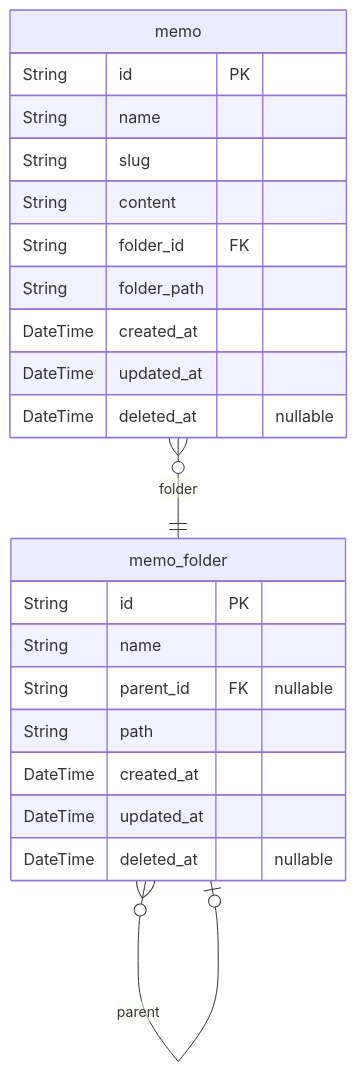
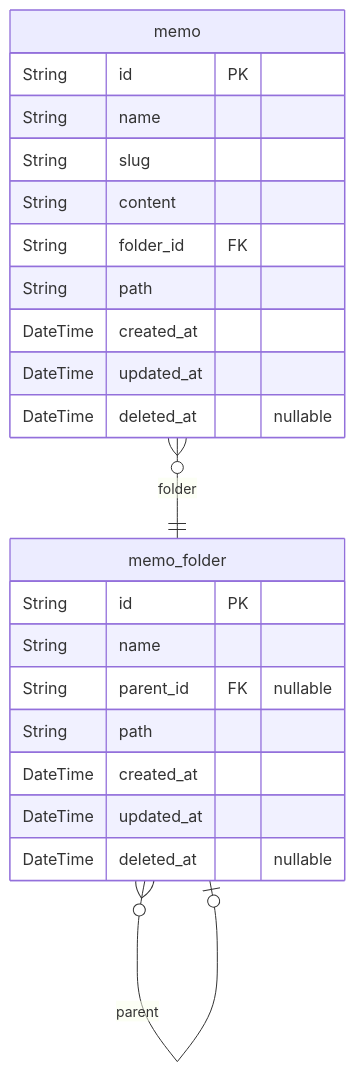
One commit to imkdw/imkdw-dev-server changed the first of 2 diagrams in prisma/schema/ERD.md. Above: the diagram before and after it, drawn with Mermaid. The commit also changed other lines of this file and 6 other files, not shown here.

Commit message:
feat: memo.folderPath -> memo.path 변경

````diff
--- a/prisma/schema/ERD.md
+++ b/prisma/schema/ERD.md
@@ -9,25 +9,25 @@
 ```mermaid
 erDiagram
 "memo" {
   String id PK
   String name
   String slug
   String content
   String folder_id FK
-  String folder_path
+  String path
   DateTime created_at
   DateTime updated_at
   DateTime deleted_at "nullable"
 }
 "memo_folder" {
   String id PK
   String name
   String parent_id FK "nullable"
   String path
   DateTime created_at
   DateTime updated_at
   DateTime deleted_at "nullable"
 }
 "memo" }o--|| "memo_folder" : folder
 "memo_folder" }o--o| "memo_folder" : parent
 ```
````
